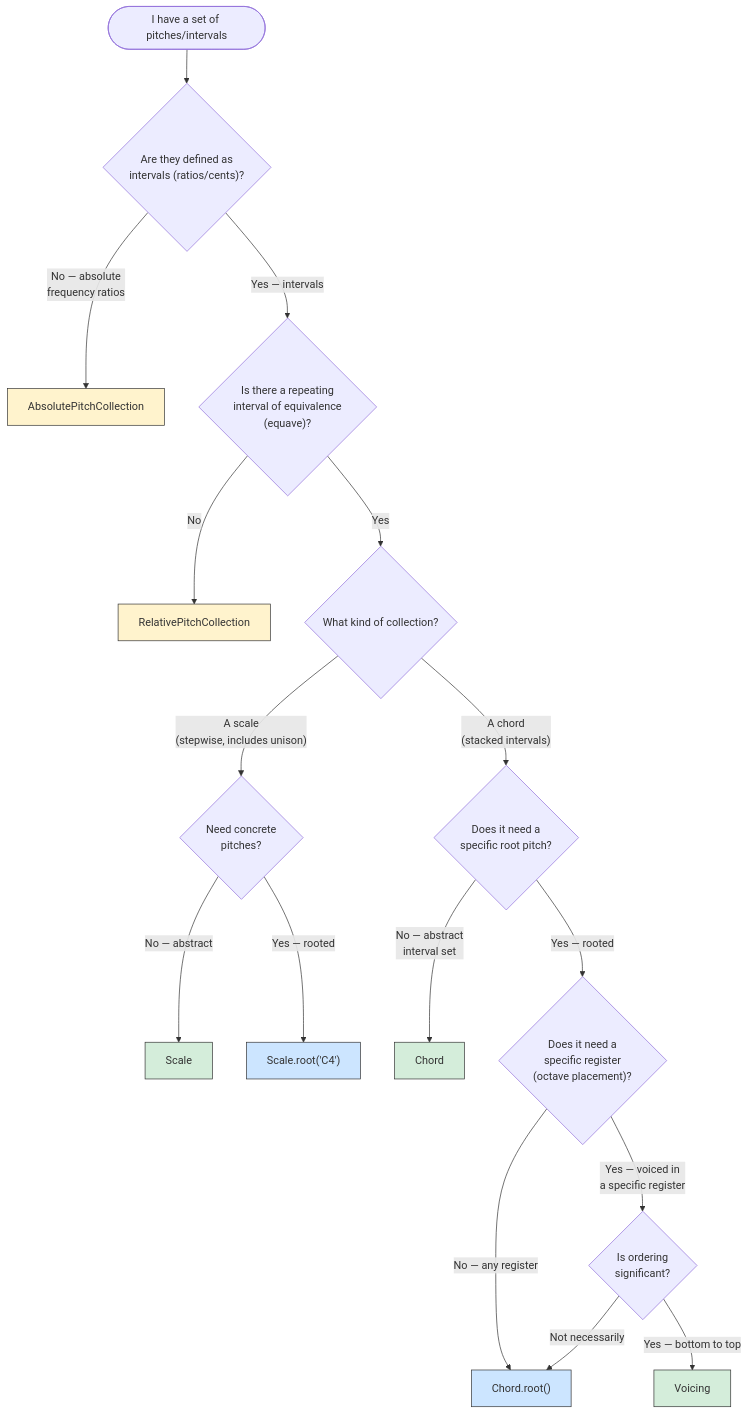
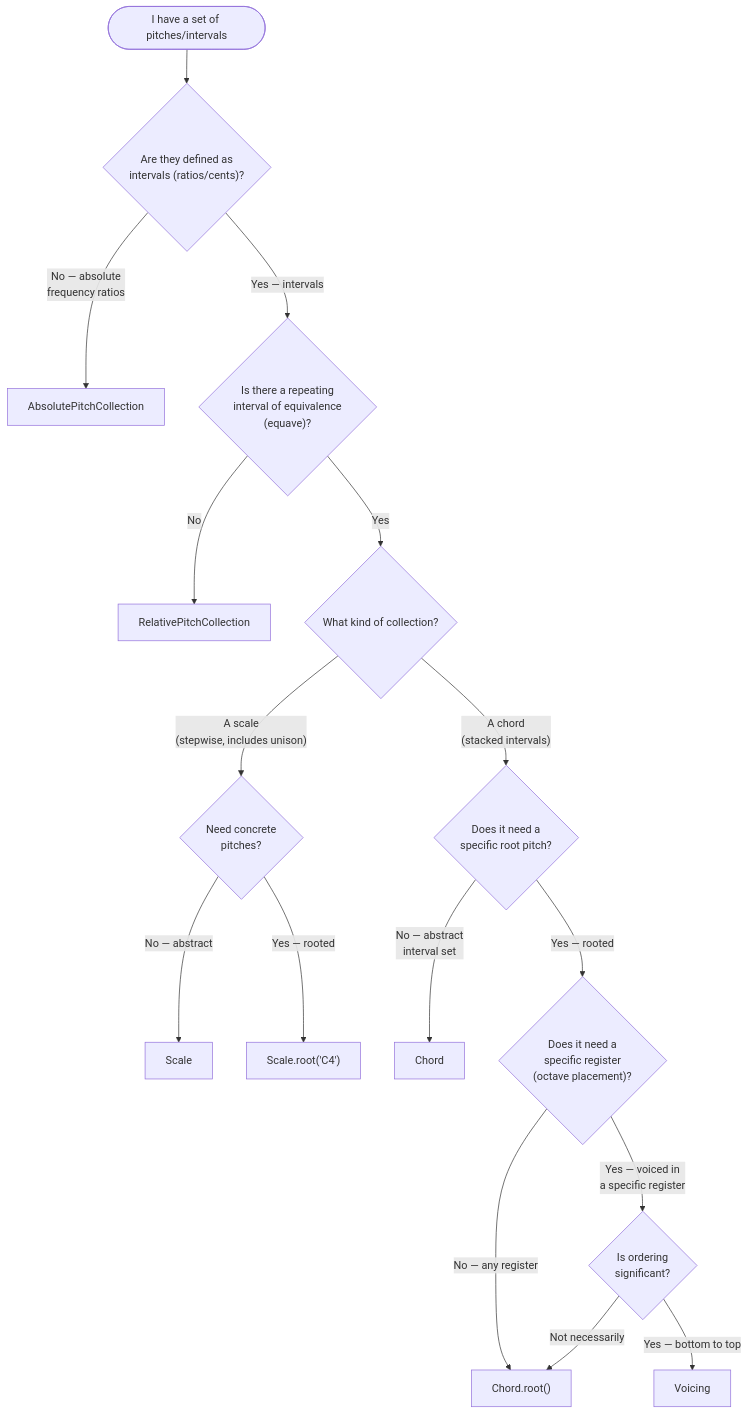
The first of 5 diagrams in docs/architecture/11_PITCH_COLLECTIONS.md (kr4g/Klotho), drawn with Mermaid before and after one commit. The commit also changed other lines of this file and 13 other files, not shown here.

First line of the commit message:
Overhaul architecture docs for Klotho 10.x API

````diff
--- a/docs/architecture/11_PITCH_COLLECTIONS.md
+++ b/docs/architecture/11_PITCH_COLLECTIONS.md
@@ -15,32 +15,24 @@
 ```mermaid
 flowchart TD
     START(["I have a set of pitches/intervals"]) --> Q1{"Are they defined as<br/>intervals (ratios/cents)?"}
 
     Q1 -->|"No — absolute<br/>frequency ratios"| ABS["AbsolutePitchCollection"]
     Q1 -->|"Yes — intervals"| Q2{"Is there a repeating<br/>interval of equivalence<br/>(equave)?"}
 
     Q2 -->|"No"| REL["RelativePitchCollection"]
     Q2 -->|"Yes"| Q3{"What kind of collection?"}
 
     Q3 -->|"A scale<br/>(stepwise, includes unison)"| Q_SCALE{"Need concrete<br/>pitches?"}
     Q_SCALE -->|"No — abstract"| SCALE["Scale"]
     Q_SCALE -->|"Yes — rooted"| SCALE_ROOT["Scale.root('C4')"]
     Q3 -->|"A chord<br/>(stacked intervals)"| Q4{"Does it need a<br/>specific root pitch?"}
 
     Q4 -->|"No — abstract<br/>interval set"| CHORD["Chord"]
     Q4 -->|"Yes — rooted"| Q5{"Does it need a<br/>specific register<br/>(octave placement)?"}
 
     Q5 -->|"No — any register"| ROOTED["Chord.root('C4')"]
     Q5 -->|"Yes — voiced in<br/>a specific register"| Q6{"Is ordering<br/>significant?"}
 
     Q6 -->|"Yes — bottom to top"| VOICING["Voicing"]
     Q6 -->|"Not necessarily"| ROOTED["Chord.root()"]
-
-    style SCALE fill:#d4edda,stroke:#333
-    style SCALE_ROOT fill:#cce5ff,stroke:#333
-    style CHORD fill:#d4edda,stroke:#333
-    style VOICING fill:#d4edda,stroke:#333
-    style ABS fill:#fff3cd,stroke:#333
-    style REL fill:#fff3cd,stroke:#333
-    style ROOTED fill:#cce5ff,stroke:#333
 ```
````
